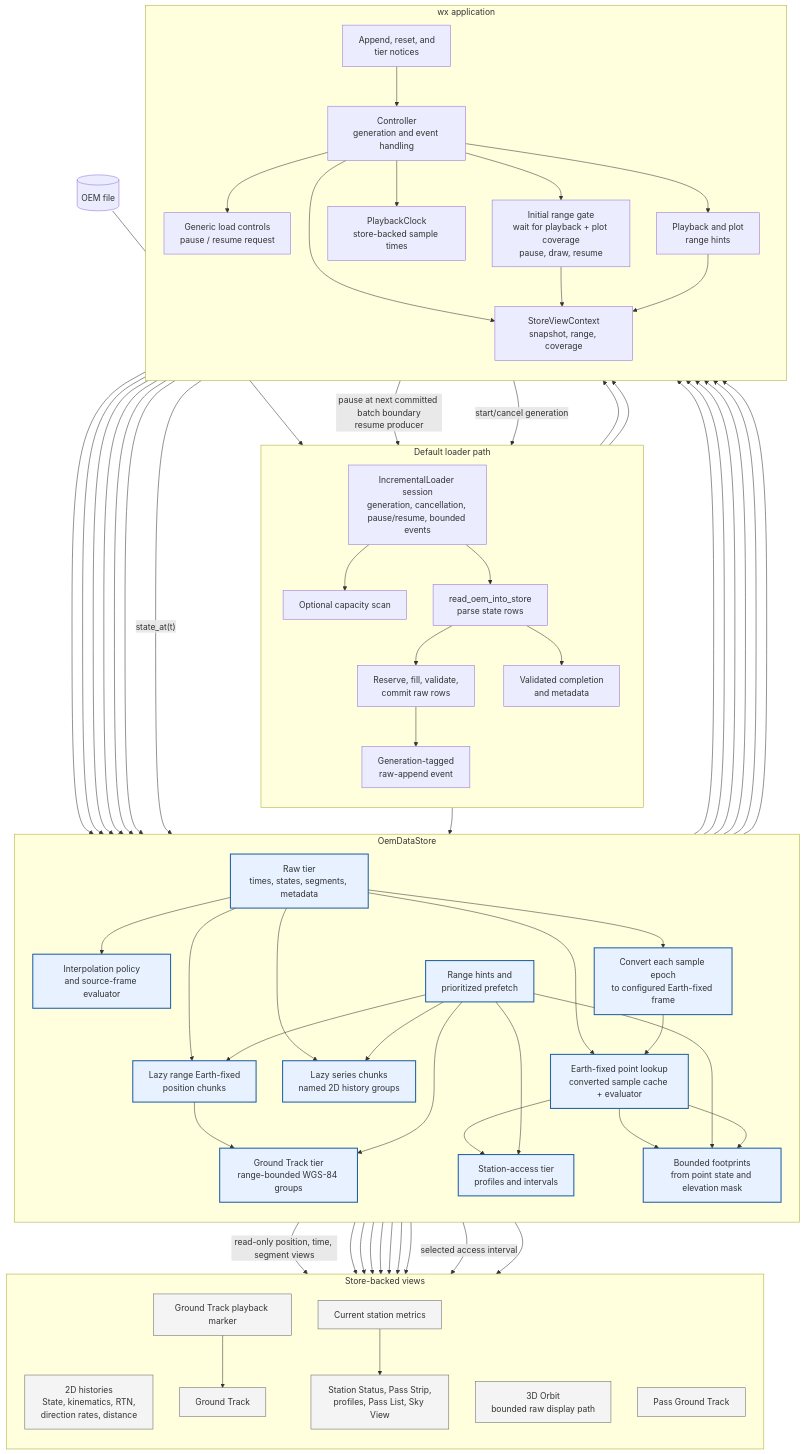
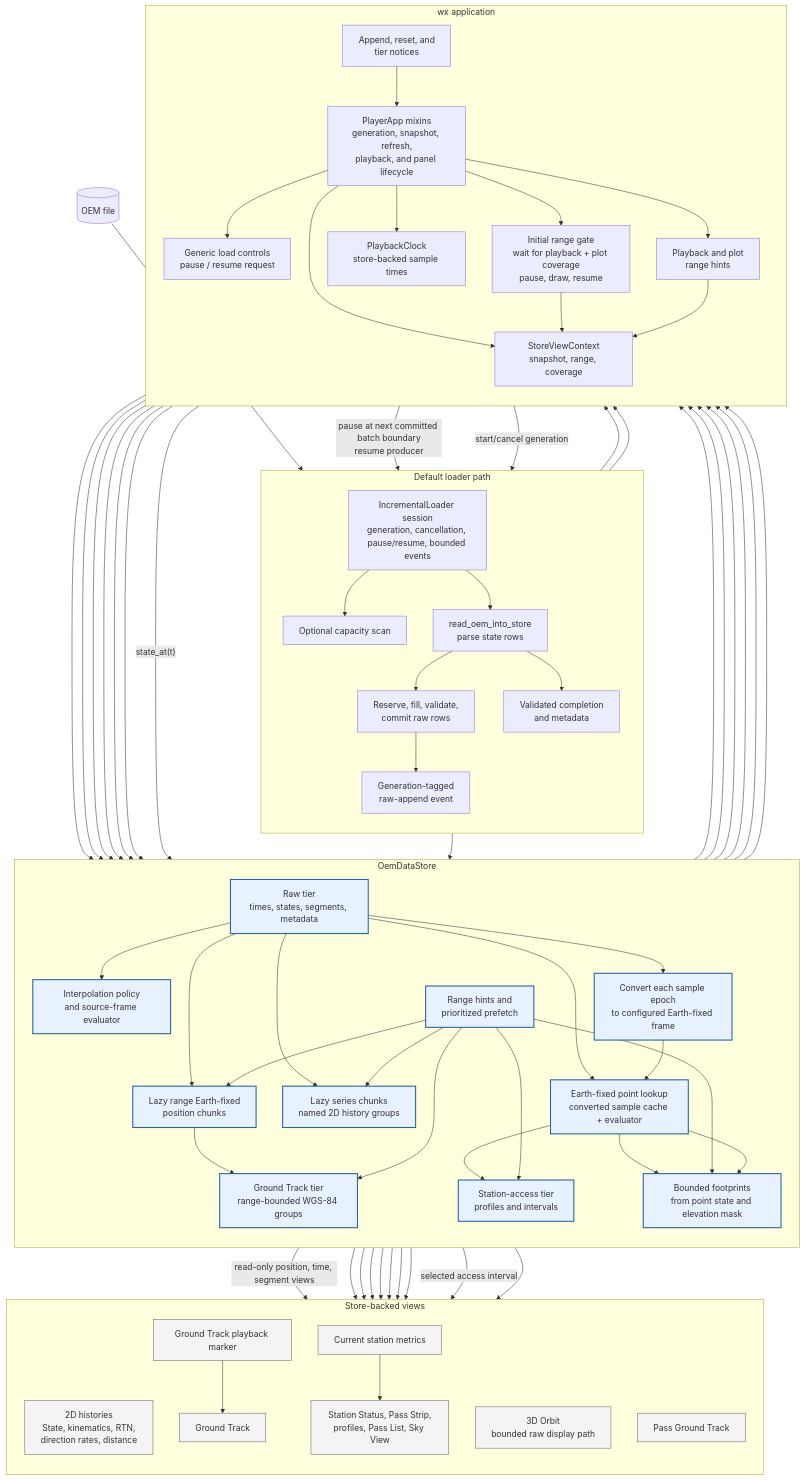
The diagram in docs/architecture/play-oem/PLAY_OEM_DATAFLOW.mmd (jeongyunl/ephem-toolkit), drawn with Mermaid before and after one commit. The commit also changed 7 other files, not shown here.

```diff
--- a/docs/architecture/play-oem/PLAY_OEM_DATAFLOW.mmd
+++ b/docs/architecture/play-oem/PLAY_OEM_DATAFLOW.mmd
@@ -1,113 +1,113 @@
 flowchart TD
     FILE[("OEM file")]
 
     subgraph WORKER["Default loader path"]
         direction TB
         SESSION["IncrementalLoader session<br/>generation, cancellation, pause/resume, bounded events"]
         CAPACITY["Optional capacity scan"]
         PARSE["read_oem_into_store<br/>parse state rows"]
         COMMIT["Reserve, fill, validate,<br/>commit raw rows"]
         RAW_EVENT["Generation-tagged<br/>raw-append event"]
         COMPLETE["Validated completion<br/>and metadata"]
         SESSION --> CAPACITY
         SESSION --> PARSE
         PARSE --> COMMIT
         COMMIT --> RAW_EVENT
         PARSE --> COMPLETE
     end
 
     subgraph STORE["OemDataStore"]
         direction TB
         RAW["Raw tier<br/>times, states, segments, metadata"]
         POLICY["Interpolation policy<br/>and source-frame evaluator"]
         FIXED_STATE["Earth-fixed point lookup<br/>converted sample cache + evaluator"]
         CONVERT["Convert each sample epoch<br/>to configured Earth-fixed frame"]
         SERIES["Lazy series chunks<br/>named 2D history groups"]
         EARTH_FIXED["Lazy range Earth-fixed<br/>position chunks"]
         GROUND_TRACK["Ground Track tier<br/>range-bounded WGS-84 groups"]
         ACCESS["Station-access tier<br/>profiles and intervals"]
         FOOTPRINT["Bounded footprints<br/>from point state and elevation mask"]
         SCHEDULER["Range hints and<br/>prioritized prefetch"]
         RAW --> POLICY
         RAW --> FIXED_STATE
         RAW --> CONVERT
         CONVERT --> FIXED_STATE
         RAW --> SERIES
         RAW --> EARTH_FIXED
         EARTH_FIXED --> GROUND_TRACK
         FIXED_STATE --> ACCESS
         FIXED_STATE --> FOOTPRINT
         SCHEDULER --> SERIES
         SCHEDULER --> EARTH_FIXED
         SCHEDULER --> GROUND_TRACK
         SCHEDULER --> ACCESS
         SCHEDULER --> FOOTPRINT
     end
 
     subgraph APP["wx application"]
         direction TB
-        CONTROLLER["Controller<br/>generation and event handling"]
+        CONTROLLER["PlayerApp mixins<br/>generation, snapshot, refresh,<br/>playback, and panel lifecycle"]
         LOAD_CONTROL["Generic load controls<br/>pause / resume request"]
         INITIAL_PLOT["Initial range gate<br/>wait for playback + plot coverage<br/>pause, draw, resume"]
         CONTEXT["StoreViewContext<br/>snapshot, range, coverage"]
         CLOCK["PlaybackClock<br/>store-backed sample times"]
         RANGE["Playback and plot<br/>range hints"]
         TIER_NOTICE["Append, reset, and<br/>tier notices"]
         CONTROLLER --> CONTEXT
         CONTROLLER --> LOAD_CONTROL
         LOAD_CONTROL -->|"pause at next committed batch boundary<br/>resume producer"| SESSION
         CONTROLLER --> INITIAL_PLOT
         CONTROLLER --> CLOCK
         CONTROLLER --> RANGE
         CONTROLLER -->|"start/cancel generation"| SESSION
         RAW --> TIER_NOTICE
         SERIES --> TIER_NOTICE
         EARTH_FIXED --> TIER_NOTICE
         GROUND_TRACK --> TIER_NOTICE
         ACCESS --> TIER_NOTICE
         FOOTPRINT --> TIER_NOTICE
         TIER_NOTICE --> CONTROLLER
     end
 
     subgraph VIEWS["Store-backed views"]
         direction TB
         HISTORIES["2D histories<br/>State, kinematics, RTN,<br/>direction rates, distance"]
         TRAJECTORY["3D Orbit<br/>bounded raw display path"]
         TRACK_VIEW["Ground Track"]
         STATION_VIEWS["Station Status, Pass Strip,<br/>profiles, Pass List, Sky View"]
         PASS_TRACK["Pass Ground Track"]
         CURRENT_METRICS["Current station metrics"]
         MARKER["Ground Track playback marker"]
     end
 
     FILE --> CAPACITY
     COMMIT --> RAW
     RAW_EVENT --> CONTROLLER
     INITIAL_PLOT --> CONTEXT
     COMPLETE --> CONTROLLER
     RANGE --> CONTEXT
     RANGE --> SCHEDULER
     CONTEXT --> SERIES
     CONTEXT --> GROUND_TRACK
     CONTEXT --> ACCESS
     CONTEXT --> FOOTPRINT
     CONTEXT --> RAW
     RAW -->|"read-only position, time, segment views"| TRAJECTORY
     CLOCK -->|"state_at(t)"| POLICY
     POLICY --> TRAJECTORY
     FIXED_STATE --> CURRENT_METRICS
     FIXED_STATE --> FOOTPRINT
     FIXED_STATE --> MARKER
     SERIES --> HISTORIES
     GROUND_TRACK --> TRACK_VIEW
     MARKER --> TRACK_VIEW
     GROUND_TRACK --> PASS_TRACK
     ACCESS --> STATION_VIEWS
     ACCESS -->|"selected access interval"| PASS_TRACK
     FOOTPRINT --> TRACK_VIEW
     CURRENT_METRICS --> STATION_VIEWS
 
     classDef store fill:#e8f1ff,stroke:#2463a6,stroke-width:2px
     classDef view fill:#f4f4f4,stroke:#666
     class RAW,POLICY,FIXED_STATE,CONVERT,SERIES,EARTH_FIXED,GROUND_TRACK,ACCESS,FOOTPRINT,SCHEDULER store
     class HISTORIES,TRAJECTORY,TRACK_VIEW,STATION_VIEWS,PASS_TRACK,CURRENT_METRICS,MARKER view
```
